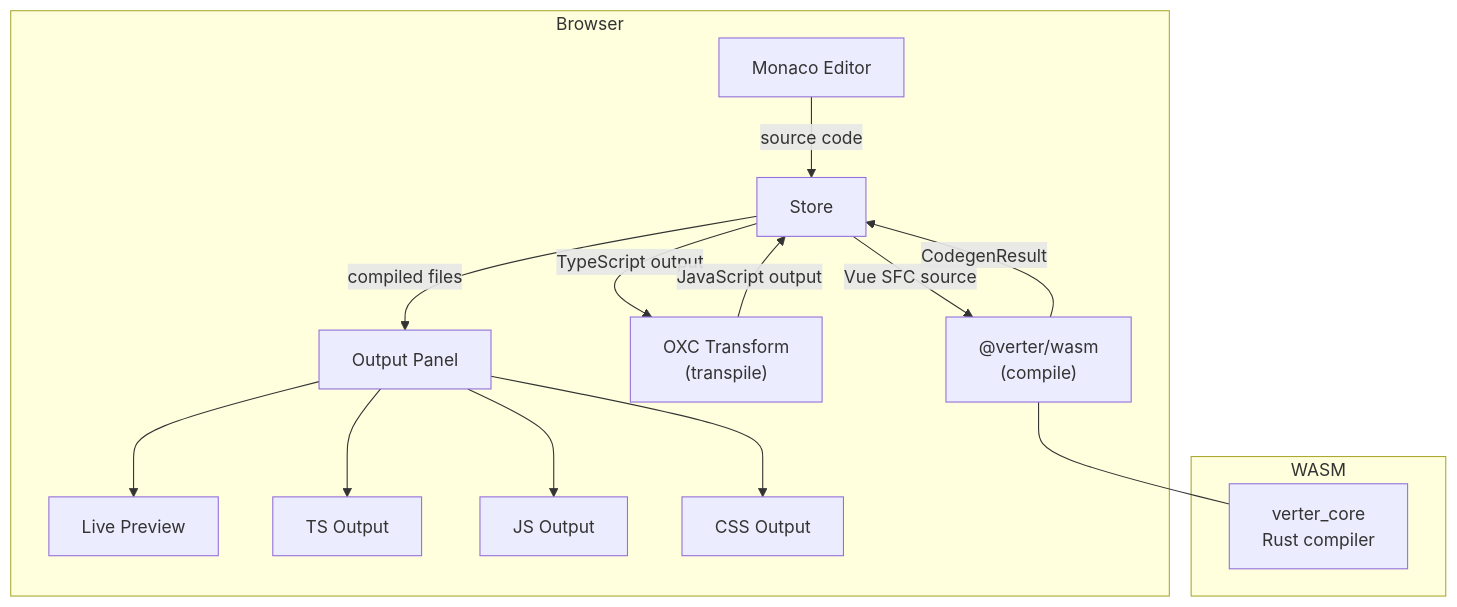
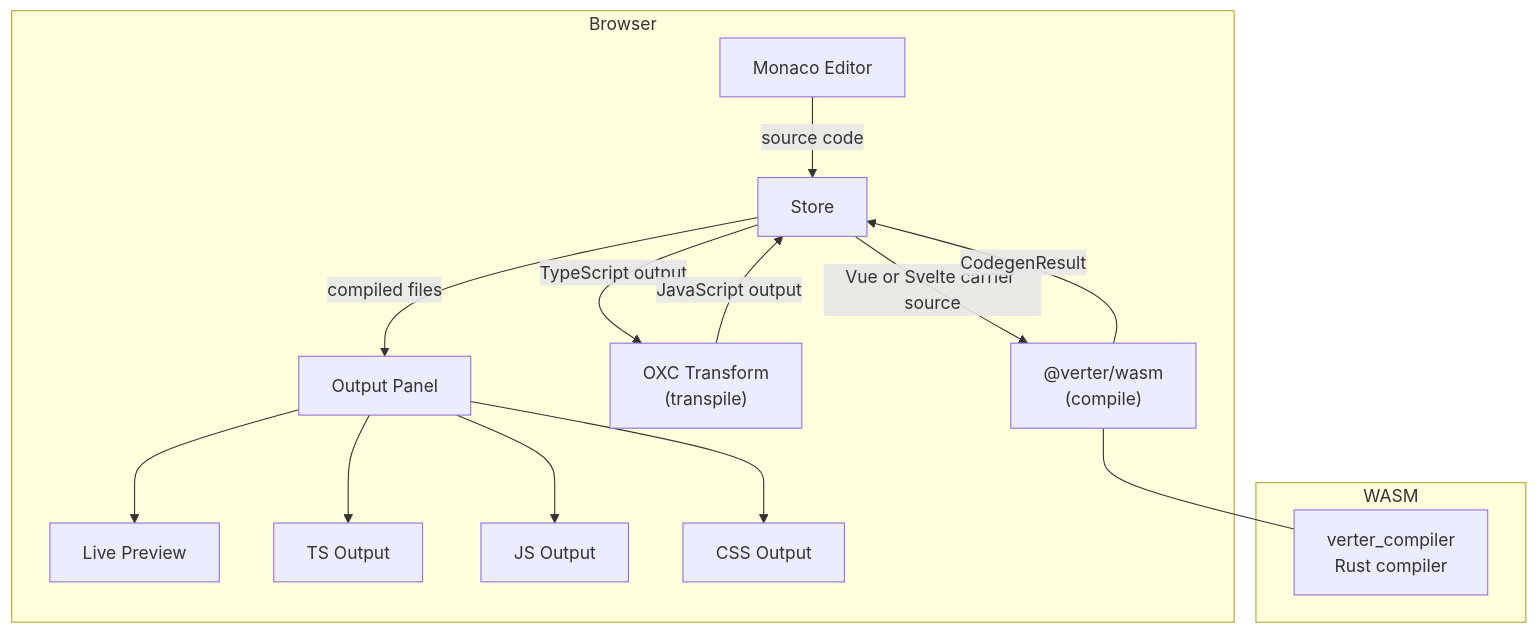
Before and after one commit to pikax/verter: the first of 2 diagrams in packages/playground/README.md, drawn with Mermaid. The commit also changed other lines of this file and 1232 other files, not shown here.

````diff
--- a/packages/playground/README.md
+++ b/packages/playground/README.md
@@ -12,19 +15,19 @@
 ```mermaid
 graph TD
     subgraph Browser
         A[Monaco Editor] -->|source code| B[Store]
-        B -->|Vue SFC source| C["@verter/wasm<br/>(compile)"]
+        B -->|Vue or Svelte carrier source| C["@verter/wasm<br/>(compile)"]
         C -->|CodegenResult| B
         B -->|TypeScript output| D["OXC Transform<br/>(transpile)"]
         D -->|JavaScript output| B
         B -->|compiled files| E[Output Panel]
         E --> F[Live Preview]
         E --> G[TS Output]
         E --> H[JS Output]
         E --> I[CSS Output]
     end
 
     subgraph WASM
-        C --- J[verter_core<br/>Rust compiler]
+        C --- J[verter_compiler<br/>Rust compiler]
     end
 ```
````
